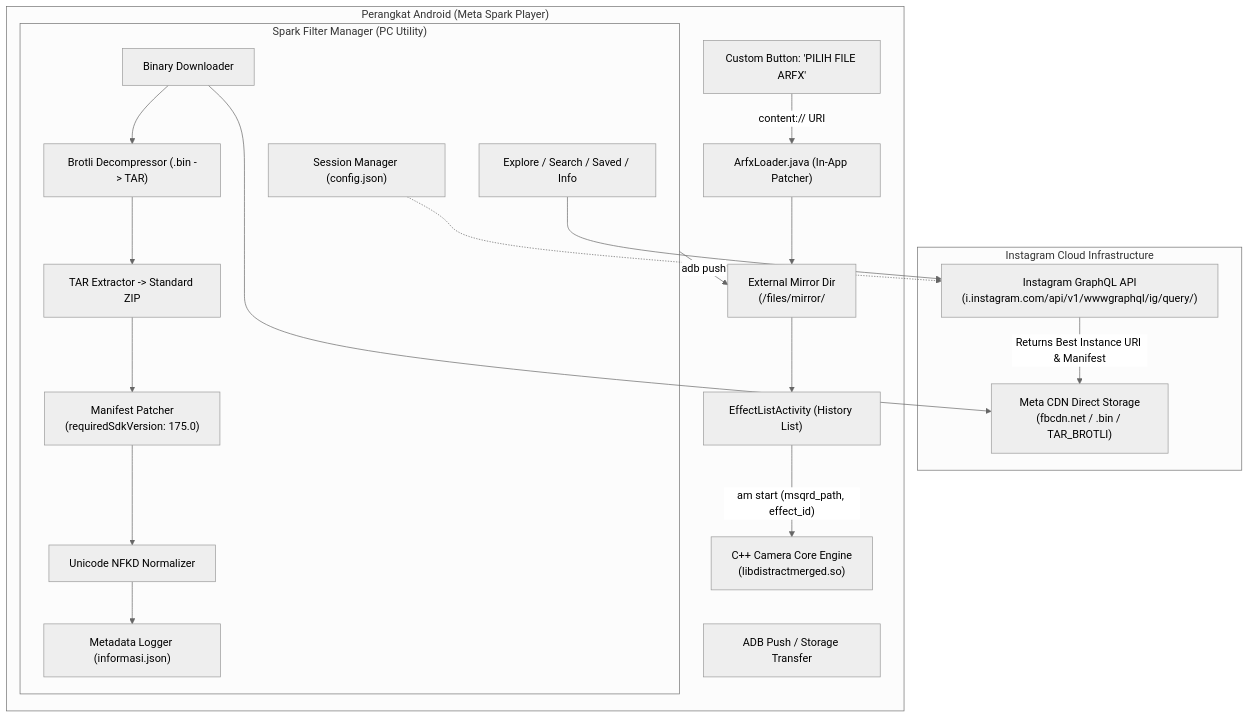
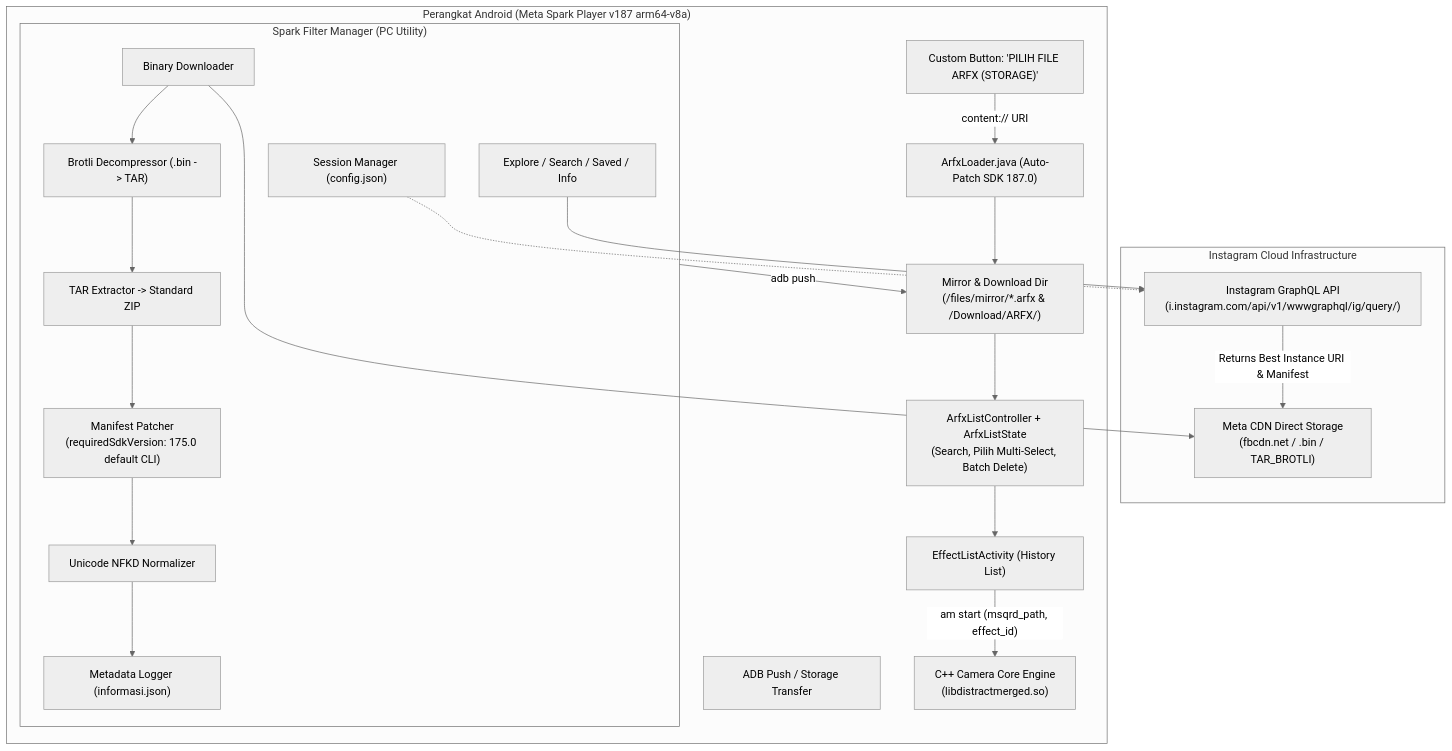
Before and after one commit to RakaKuswanto/MetaSparkPlayer: the diagram in docs/README.md, drawn with Mermaid (neutral theme). The commit also changed other lines of this file and 30182 other files, not shown here.

First line of the commit message:
feat(player): migrasi basis v187, tambah search, multi-select, batch delete, & update docs

````diff
--- a/docs/README.md
+++ b/docs/README.md
@@ -25,40 +25,42 @@
 ```mermaid
 flowchart TD
     subgraph IG_CLOUD["Instagram Cloud Infrastructure"]
         GQL["Instagram GraphQL API\n(i.instagram.com/api/v1/wwwgraphql/ig/query/)"]
         CDN["Meta CDN Direct Storage\n(fbcdn.net / .bin / TAR_BROTLI)"]
         GQL -->|"Returns Best Instance URI & Manifest"| CDN
     end
 
     subgraph CLI_TOOL["Spark Filter Manager (PC Utility)"]
         AUTH["Session Manager (config.json)"] -.-> GQL
         DISCOVER["Explore / Search / Saved / Info"] --> GQL
         FETCH["Binary Downloader"] --> CDN
         DECOMPRESS["Brotli Decompressor (.bin -> TAR)"]
         TAR_EXTRACT["TAR Extractor -> Standard ZIP"]
-        MANIFEST_PATCH["Manifest Patcher\n(requiredSdkVersion: 175.0)"]
+        MANIFEST_PATCH["Manifest Patcher\n(requiredSdkVersion: 175.0 default CLI)"]
         CATALOG["Metadata Logger (informasi.json)"]
         SAFE_NAME["Unicode NFKD Normalizer"]
 
         FETCH --> DECOMPRESS
         DECOMPRESS --> TAR_EXTRACT
         TAR_EXTRACT --> MANIFEST_PATCH
         MANIFEST_PATCH --> SAFE_NAME
         SAFE_NAME --> CATALOG
     end
 
-    subgraph ANDROID_DEVICE["Perangkat Android (Meta Spark Player)"]
+    subgraph ANDROID_DEVICE["Perangkat Android (Meta Spark Player v187 arm64-v8a)"]
         ADB_PUSH["ADB Push / Storage Transfer"]
-        MIRROR_DIR["External Mirror Dir\n(/files/mirror/<Filter>.arfx)"]
-        UI_PICKER["Custom Button: 'PILIH FILE ARFX'"]
-        ARFX_LOADER["ArfxLoader.java (In-App Patcher)"]
+        MIRROR_DIR["Mirror & Download Dir\n(/files/mirror/*.arfx & /Download/ARFX/)"]
+        UI_PICKER["Custom Button: 'PILIH FILE ARFX (STORAGE)'"]
+        ARFX_LOADER["ArfxLoader.java (Auto-Patch SDK 187.0)"]
+        LIST_CTRL["ArfxListController + ArfxListState\n(Search, Pilih Multi-Select, Batch Delete)"]
         HISTORY["EffectListActivity (History List)"]
         NATIVE_ENGINE["C++ Camera Core Engine\n(libdistractmerged.so)"]
 
         CLI_TOOL -->|"adb push"| MIRROR_DIR
         UI_PICKER -->|"content:// URI"| ARFX_LOADER
         ARFX_LOADER --> MIRROR_DIR
-        MIRROR_DIR --> HISTORY
+        MIRROR_DIR --> LIST_CTRL
+        LIST_CTRL --> HISTORY
         HISTORY -->|"am start (msqrd_path, effect_id)"| NATIVE_ENGINE
     end
 ```
````
